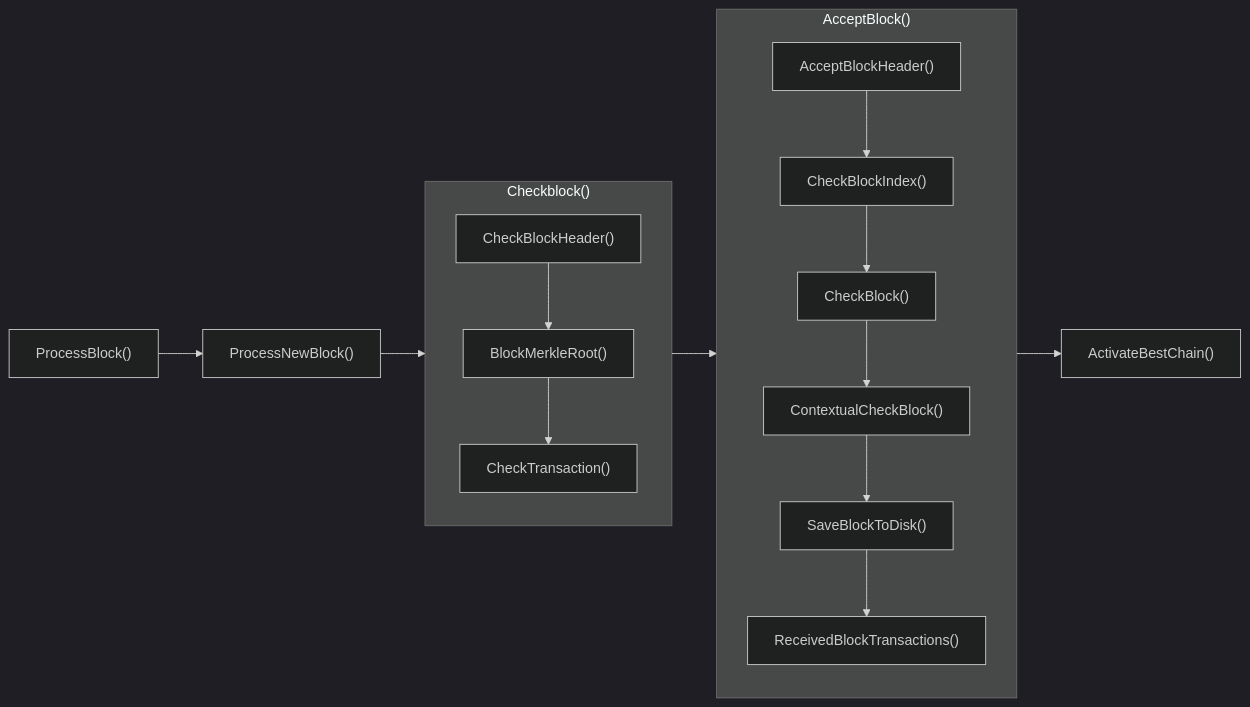
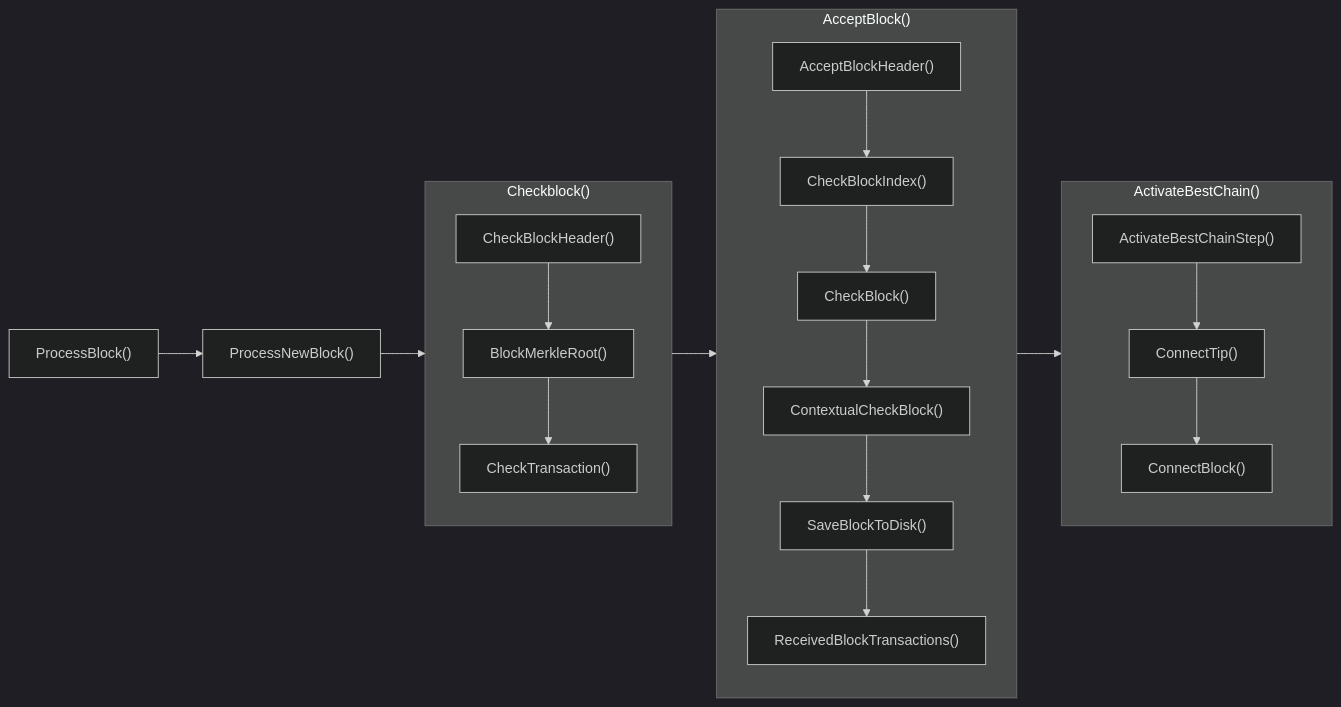
The third of 3 diagrams in 03_consensus-and-validation.adoc (chaincodelabs/onboarding-to-bitcoin-core), drawn with Mermaid (dark theme) before and after one commit. The commit also changed other lines of this file and 2 other files, not shown here.

Commit message:
Add block tx validation section to 03

```diff
--- a/03_consensus-and-validation.adoc
+++ b/03_consensus-and-validation.adoc
@@ -768,35 +956,44 @@
 [mermaid,target=block-tx-validation,format=svg,id=block-tx-validation]
 ....
 flowchart LR
     process_block["ProcessBlock()"]
     process_new_block["ProcessNewBlock()"]
     check_block_header["CheckBlockHeader()"]
     block_merkle["BlockMerkleRoot()"]
     check_transaction["CheckTransaction()"]
     subgraph sub_check_block ["Checkblock()"]
         direction TB
         check_block_header --> block_merkle
         block_merkle --> check_transaction
     end
 
     accept_block_header["AcceptBlockHeader()"]
     check_block_index["CheckBlockIndex()"]
     check_block["CheckBlock()"]
     contextual_check_block["ContextualCheckBlock()"]
     save_block_disk["SaveBlockToDisk()"]
     recv_block_tx["ReceivedBlockTransactions()"]
-    subgraph sub_accept_block ["AcceptBlock()"]
+    subgraph sub_accept_block["AcceptBlock()"]
         direction TB
         accept_block_header --> check_block_index
         check_block_index --> check_block
         check_block --> contextual_check_block
         contextual_check_block --> save_block_disk
         save_block_disk --> recv_block_tx
     end
 
-    activate_chain["ActivateBestChain()"]
+    activate_best_chain_step["ActivateBestChainStep()"]
+    connect_tip["ConnectTip()"]
+    connect_block["ConnectBlock()"]
+
+    subgraph activate_chain["ActivateBestChain()"]
+        direction TB
+        activate_best_chain_step --> connect_tip
+        connect_tip --> connect_block
+    end
+
     process_block --> process_new_block
     process_new_block --> sub_check_block
     sub_check_block --> sub_accept_block
     sub_accept_block --> activate_chain
 ....
```
